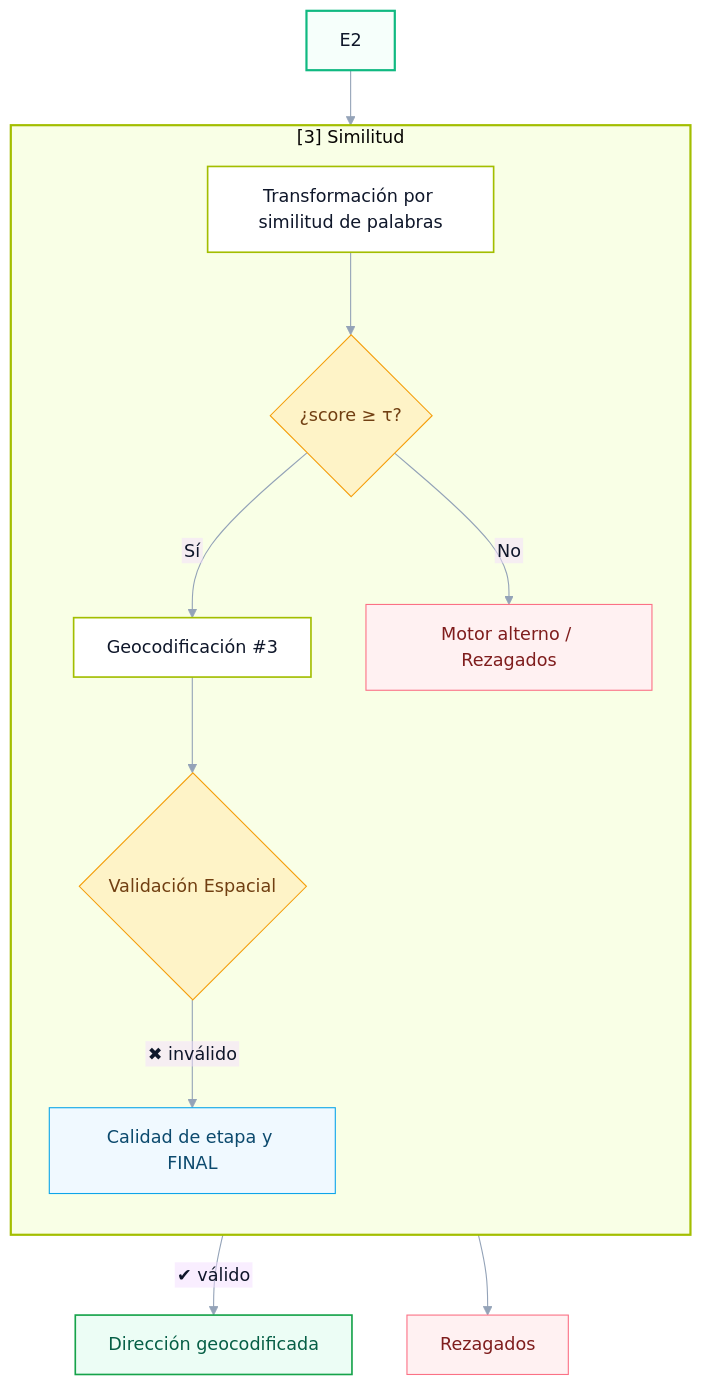
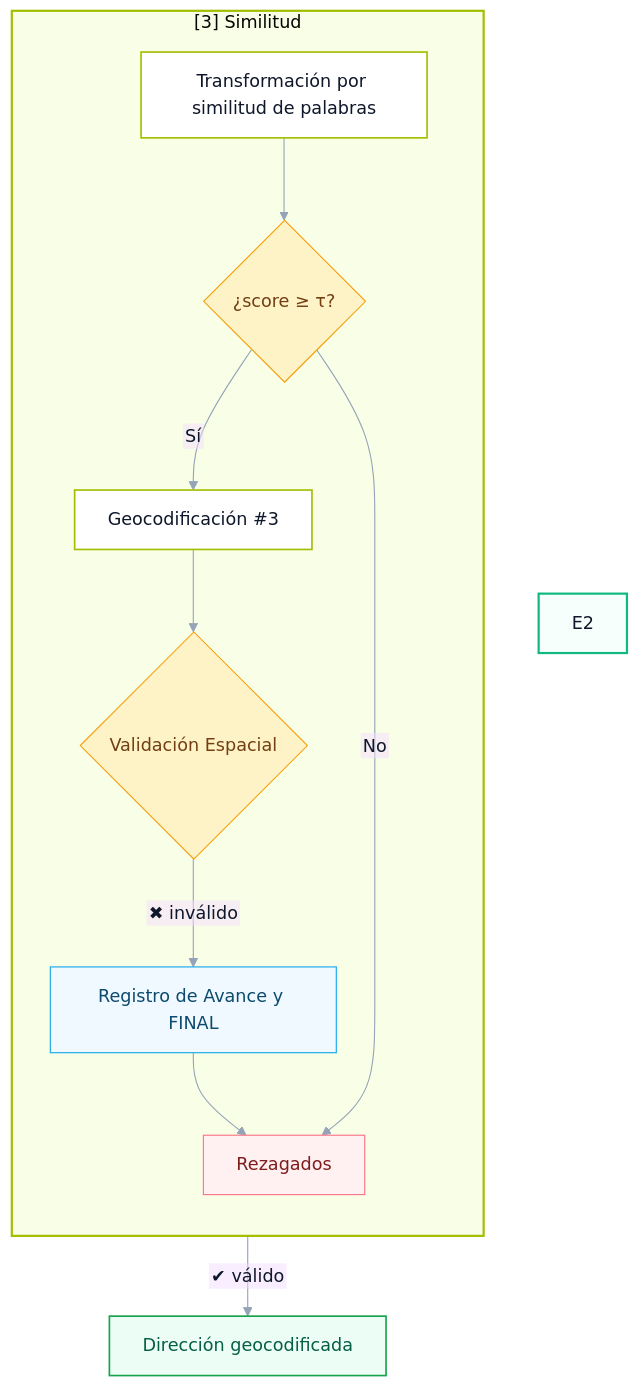
Before and after one commit to DenisSebastian/book-curso-geoanalisis-pp-2025: the fifth of 5 diagrams in geocode.qmd, drawn with Mermaid. The commit also changed other lines of this file and 31 other files, not shown here.

````diff
--- a/geocode.qmd
+++ b/geocode.qmd
@@ -1036,54 +1038,53 @@
 ```{mermaid}
 %%{init: {
   "theme": "base",
   "themeVariables": {
     "fontFamily": "Inter, Segoe UI, Roboto, sans-serif",
     "primaryTextColor": "#0f172a",
     "lineColor": "#94a3b8",
     "tertiaryColor": "#f8fafc"
   },
   "flowchart": { "htmlLabels": false, "curve": "basis" }
 }}%%
 
 flowchart TB
   %% ====== Definición de estilos ======
   classDef input fill:#E8F1FF,stroke:#3B82F6,stroke-width:1px,color:#0b3d91;
   classDef s0 fill:#F8FAFC,stroke:#64748B,stroke-width:1px,color:#0f172a;
   classDef s1 fill:#FFFFFF,stroke:#3B82F6,stroke-width:1.5px,color:#0f172a;
   classDef s2 fill:#FFFFFF,stroke:#10B981,stroke-width:1.5px,color:#0f172a;
   classDef s3 fill:#FFFFFF,stroke:#A3BE00,stroke-width:1.5px,color:#0f172a;
   classDef decision fill:#FEF3C7,stroke:#F59E0B,stroke-width:1px,color:#713f12;
   classDef qa fill:#F0F9FF,stroke:#0EA5E9,stroke-width:1px,color:#0c4a6e;
   classDef finish fill:#ECFDF5,stroke:#16A34A,stroke-width:1.5px,color:#065f46;
   classDef backlog fill:#FFF1F2,stroke:#FB7185,stroke-width:1px,color:#7f1d1d;
 
 
 
   %% ====== [3] Similitud ======
   subgraph S3 ["[3] Similitud"]
     direction TB
     s3a["Transformación por similitud de palabras"]:::s3
     s3t{"¿score ≥ τ?"}:::decision
     s3b["Geocodificación #3"]:::s3
-    s3alt["Motor alterno / Rezagados"]:::backlog
+    REZ["Rezagados"]:::backlog
     s3c{"Validación Espacial"}:::decision
-    s3d["Calidad de etapa y FINAL"]:::qa
+    s3d["Registro de Avance y FINAL"]:::qa
   end
 
   %% ====== Salidas ======
   OUT["Dirección geocodificada"]:::finish
   REZ["Rezagados"]:::backlog
 
   %% ====== Flujo ======
-  E2 --> S3
   s3c -- "✔ válido" --> OUT
   s3c -- "✖ inválido" --> s3d --> REZ
   s3a --> s3t
   s3t -- "Sí" --> s3b --> s3c
-  s3t -- "No" --> s3alt
+  s3t -- "No" --> REZ
 
   %% ====== Estilos de subgrupos ======
   style E2 stroke:#10B981,stroke-width:2px,fill:#F6FFFB
   style S3 stroke:#A3BE00,stroke-width:2px,fill:#F9FFE6
 
 ```
````
